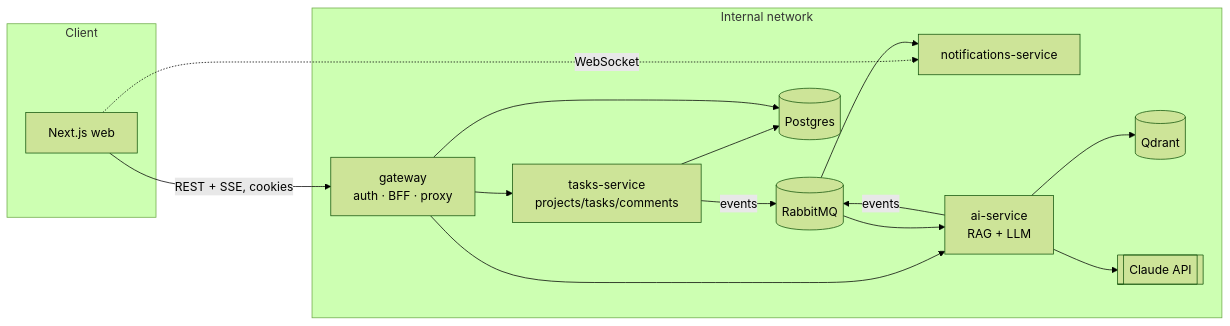
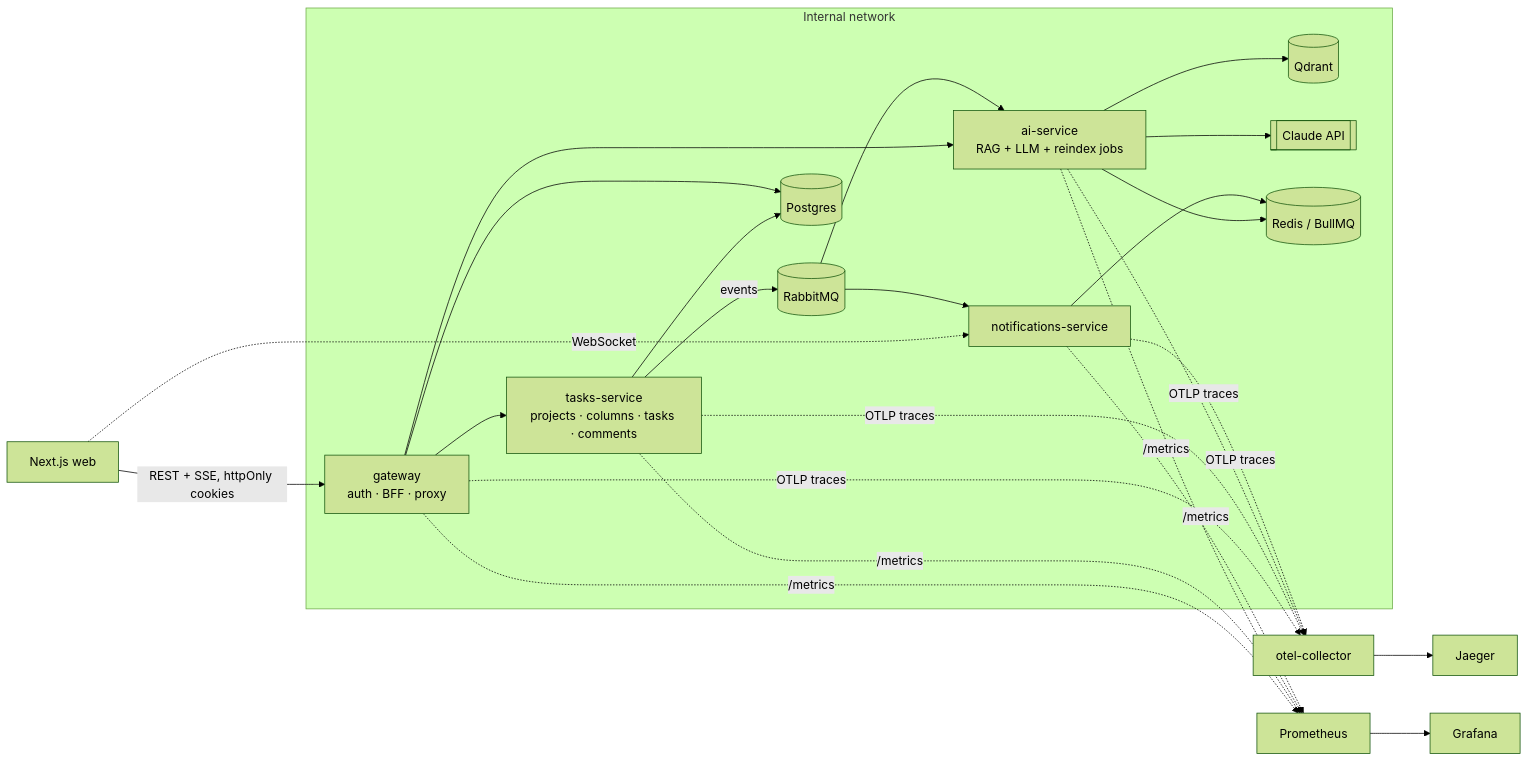
The diagram in README.md (Hlib4yk/taskflow-ai), drawn with Mermaid (forest theme) before and after one commit. The commit also changed other lines of this file and 10 other files, not shown here.

````diff
--- a/README.md
+++ b/README.md
@@ -24,22 +42,22 @@
 ```mermaid
 flowchart LR
-    subgraph Client
-        web[Next.js web]
-    end
-
-    web -->|REST + SSE, cookies| gateway
+    web[Next.js web] -->|REST + SSE, httpOnly cookies| gateway
     web -.->|WebSocket| notif[notifications-service]
 
     subgraph Internal network
-        gateway[gateway\nauth · BFF · proxy] --> tasks[tasks-service\nprojects/tasks/comments]
-        gateway --> ai[ai-service\nRAG + LLM]
+        gateway[gateway<br/>auth · BFF · proxy] --> tasks[tasks-service<br/>projects · columns · tasks · comments]
+        gateway --> ai[ai-service<br/>RAG + LLM + reindex jobs]
         tasks -->|events| rmq[(RabbitMQ)]
-        ai -->|events| rmq
         rmq --> ai
         rmq --> notif
         tasks --> pg[(Postgres)]
         gateway --> pg
         ai --> qdrant[(Qdrant)]
         ai --> claude[[Claude API]]
+        ai --> redis[(Redis / BullMQ)]
+        notif --> redis
     end
+
+    gateway & tasks & ai & notif -. OTLP traces .-> otel[otel-collector] --> jaeger[Jaeger]
+    gateway & tasks & ai & notif -. /metrics .-> prom[Prometheus] --> grafana[Grafana]
 ```
````
